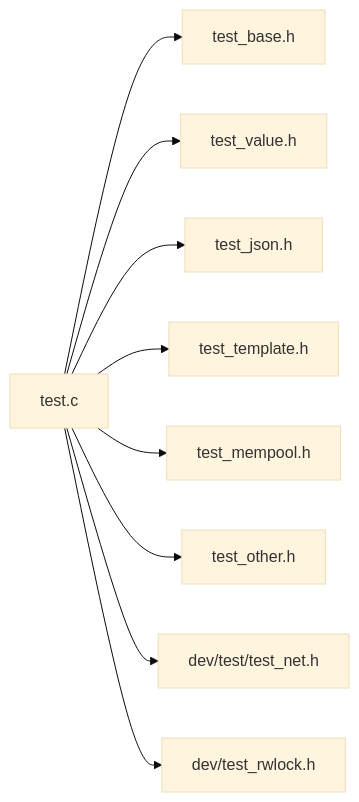
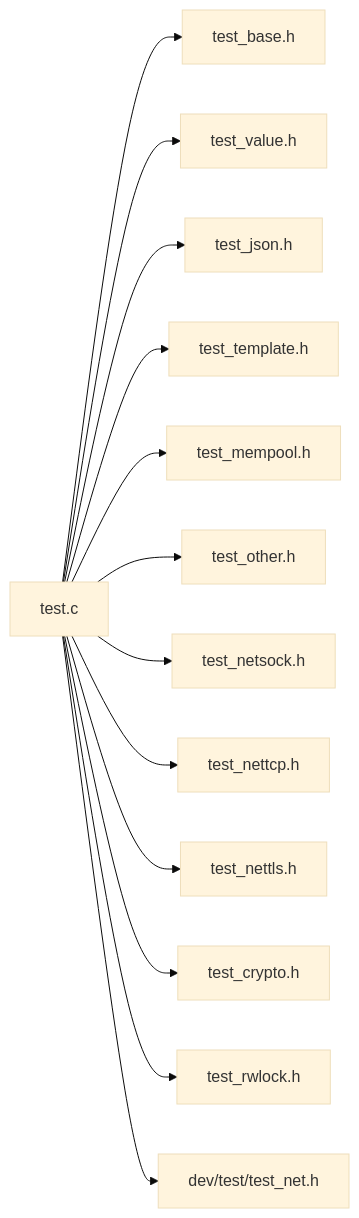
One commit to xywhsoft/xrt changed the fifth of 5 diagrams in .qoder/repowiki/zh/content/测试与调试.md. Above: the diagram before and after it, drawn with Mermaid (base theme). The commit also changed other lines of this file and 36 other files, not shown here.

````diff
--- a/.qoder/repowiki/zh/content/测试与调试.md
+++ b/.qoder/repowiki/zh/content/测试与调试.md
@@ -241,11 +326,15 @@
 ```mermaid
 graph LR
 T["test.c"] --> M1["test_base.h"]
 T --> M2["test_value.h"]
 T --> M3["test_json.h"]
 T --> M4["test_template.h"]
 T --> M5["test_mempool.h"]
 T --> M6["test_other.h"]
-T --> N["dev/test/test_net.h"]
-T --> R["dev/test_rwlock.h"]
+T --> N1["test_netsock.h"]
+T --> N2["test_nettcp.h"]
+T --> N3["test_nettls.h"]
+T --> C["test_crypto.h"]
+T --> R["test_rwlock.h"]
+T --> DN["dev/test/test_net.h"]
 ```
````
